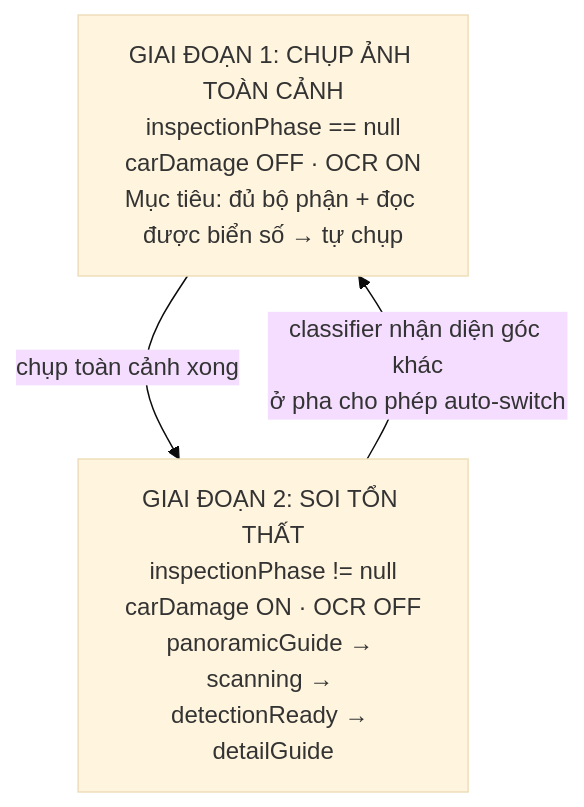
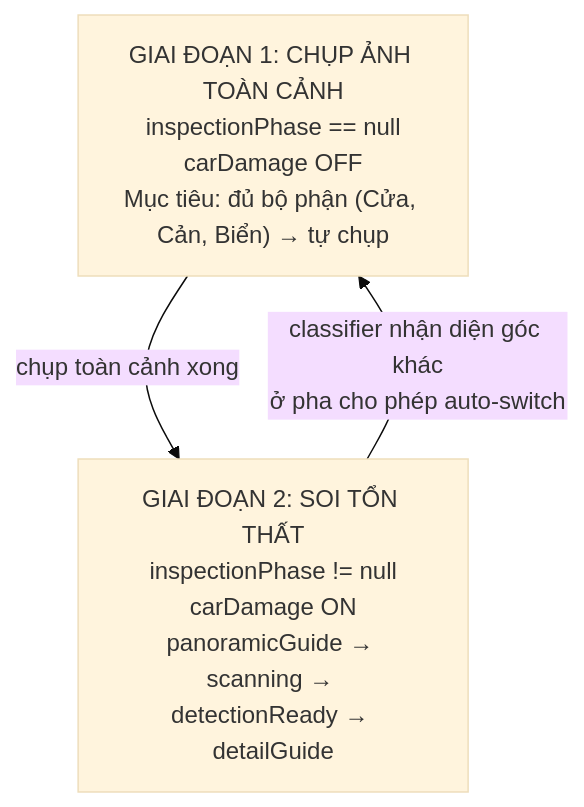
Before and after one commit to Aicycle-Insurance/aicycle_on_device: the first of 9 diagrams in CAMERA_CONTROLLER.md, drawn with Mermaid (base theme). The commit also changed other lines of this file and 19 other files, not shown here.

````diff
--- a/CAMERA_CONTROLLER.md
+++ b/CAMERA_CONTROLLER.md
@@ -18,8 +18,8 @@
 ```mermaid
 flowchart TD
-    A["GIAI ĐOẠN 1: CHỤP ẢNH TOÀN CẢNH<br/>inspectionPhase == null<br/>carDamage OFF · OCR ON<br/>Mục tiêu: đủ bộ phận + đọc được biển số → tự chụp"]
-    B["GIAI ĐOẠN 2: SOI TỔN THẤT<br/>inspectionPhase != null<br/>carDamage ON · OCR OFF<br/>panoramicGuide → scanning → detectionReady → detailGuide"]
+    A["GIAI ĐOẠN 1: CHỤP ẢNH TOÀN CẢNH<br/>inspectionPhase == null<br/>carDamage OFF<br/>Mục tiêu: đủ bộ phận (Cửa, Cản, Biển) → tự chụp"]
+    B["GIAI ĐOẠN 2: SOI TỔN THẤT<br/>inspectionPhase != null<br/>carDamage ON<br/>panoramicGuide → scanning → detectionReady → detailGuide"]
 
     A -->|"chụp toàn cảnh xong"| B
     B -->|"classifier nhận diện góc khác<br/>ở pha cho phép auto-switch"| A
 ```
````
